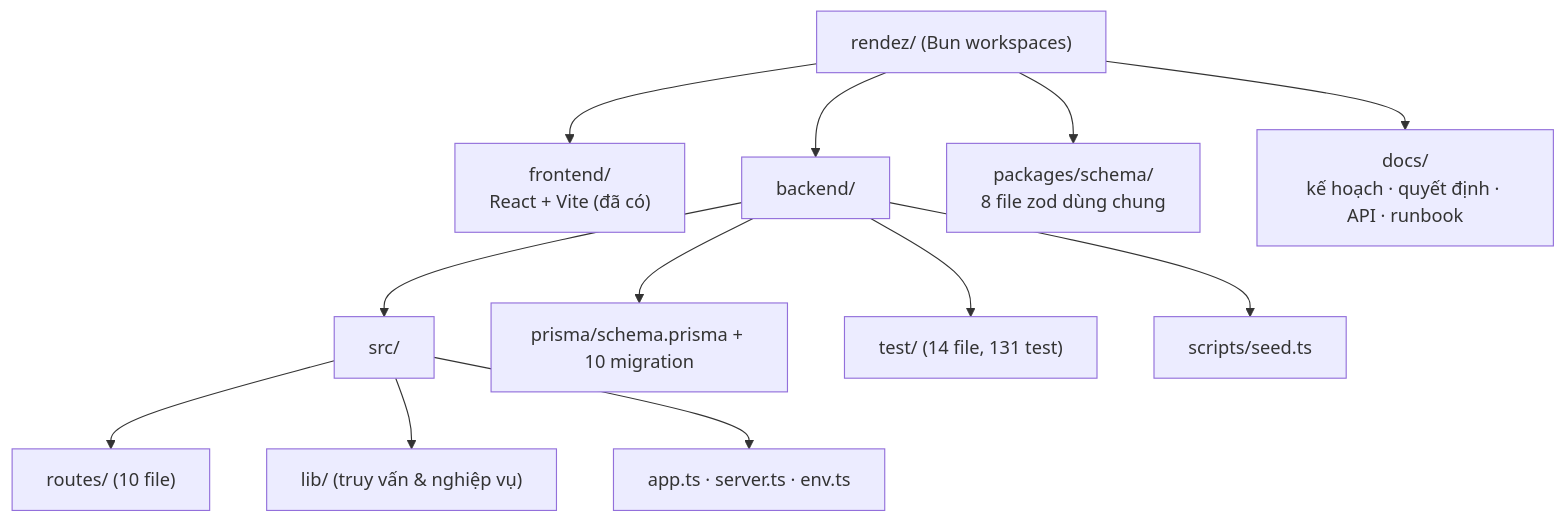
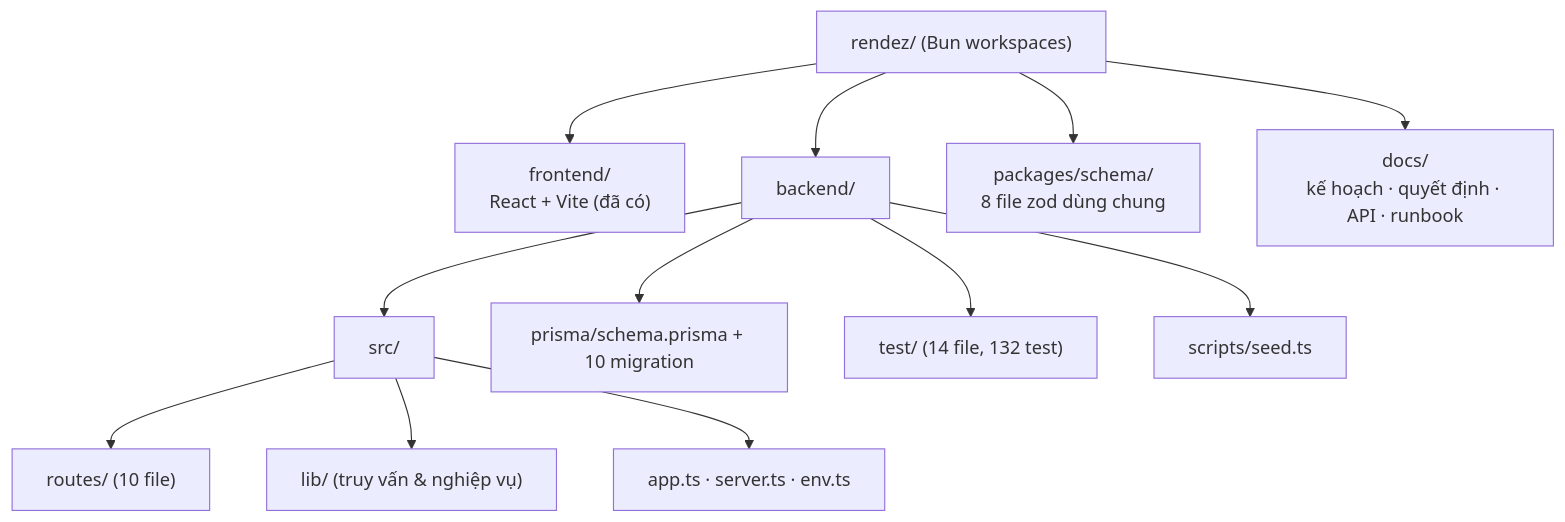
The sixth of 14 diagrams in docs/bao-cao/BAO-CAO-DO-AN.md (longqt321/Rendez-PBL6), drawn with Mermaid before and after one commit. The commit also changed other lines of this file and 4 other files, not shown here.

````diff
--- a/docs/bao-cao/BAO-CAO-DO-AN.md
+++ b/docs/bao-cao/BAO-CAO-DO-AN.md
@@ -443,15 +443,15 @@
 ```mermaid
 flowchart TB
   Root["rendez/ (Bun workspaces)"]
   Root --> FE["frontend/<br/>React + Vite (đã có)"]
   Root --> BE["backend/"]
   Root --> PKG["packages/schema/<br/>8 file zod dùng chung"]
   Root --> DOC["docs/<br/>kế hoạch · quyết định · API · runbook"]
   BE --> SRC["src/"]
   SRC --> R["routes/ (10 file)"]
   SRC --> L["lib/ (truy vấn & nghiệp vụ)"]
   SRC --> I["app.ts · server.ts · env.ts"]
   BE --> PR["prisma/schema.prisma + 10 migration"]
-  BE --> T["test/ (14 file, 131 test)"]
+  BE --> T["test/ (14 file, 132 test)"]
   BE --> SC["scripts/seed.ts"]
 ```
````
